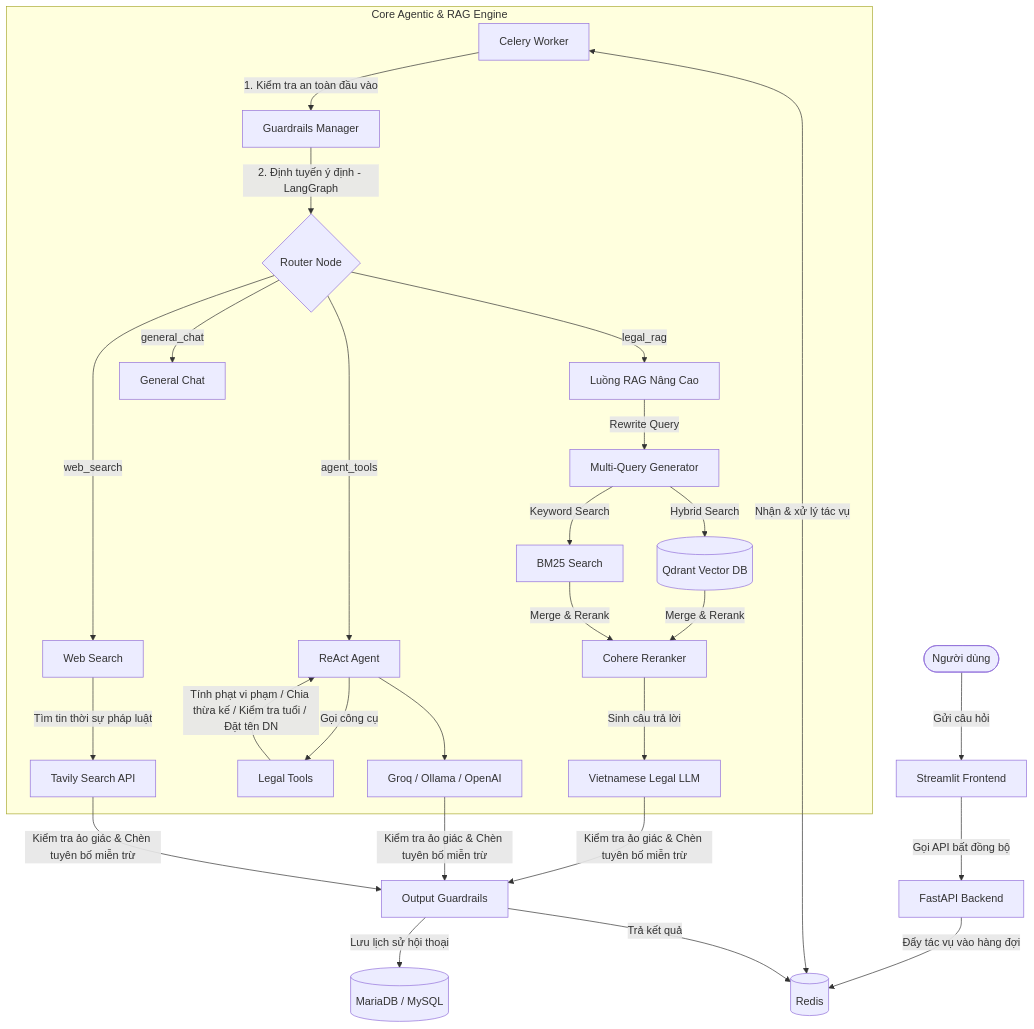
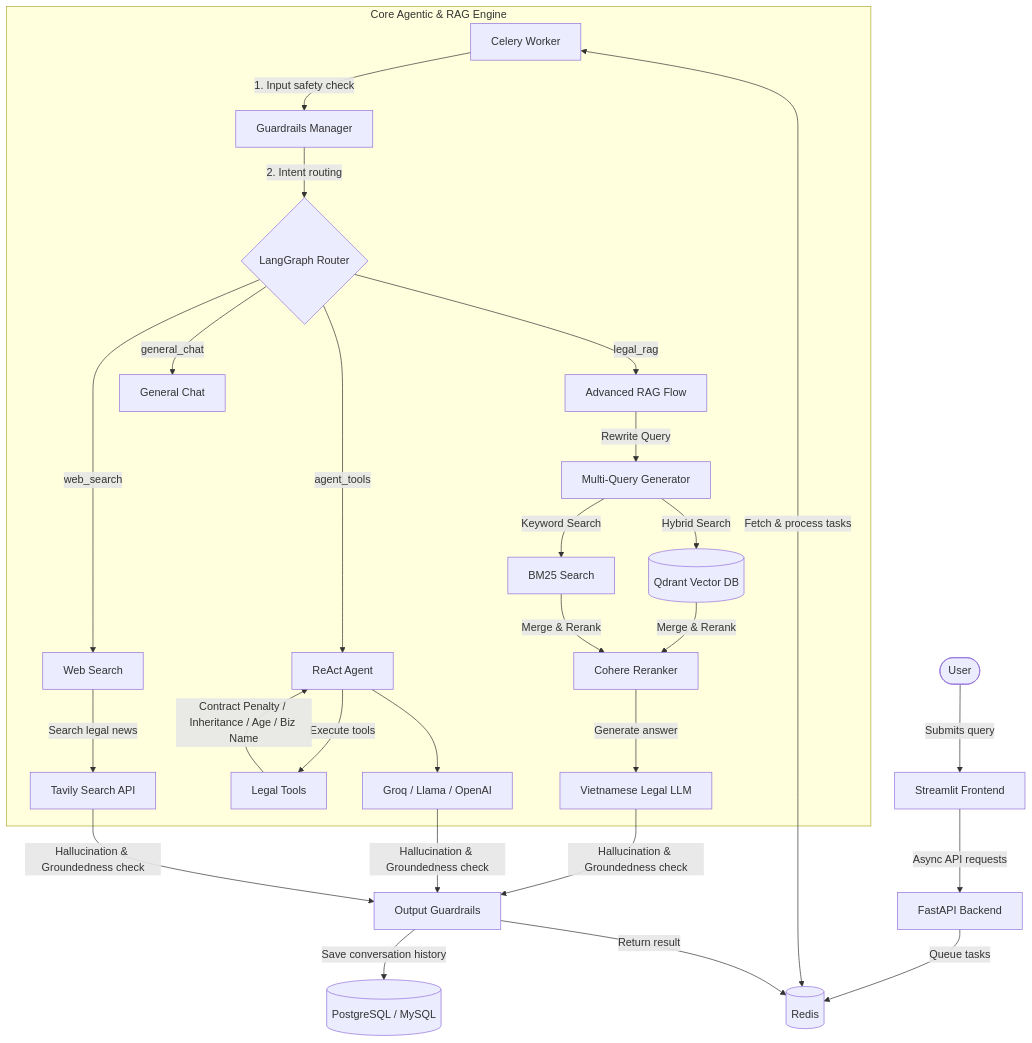
Before and after one commit to NMCuonG08/Chatbot-Legal-RAG: the diagram in README.md, drawn with Mermaid. The commit also changed other lines of this file and 4 other files, not shown here.

Commit message:
feat: implement backend core logic including incremental indexing, legal agent tools, and frontend chat interface, with updated documentation.

````diff
--- a/README.md
+++ b/README.md
@@ -9,33 +9,33 @@
 ```mermaid
 graph TD
-    User([Người dùng]) -->|Gửi câu hỏi| UI[Streamlit Frontend]
-    UI -->|Gọi API bất đồng bộ| API[FastAPI Backend]
-    API -->|Đẩy tác vụ vào hàng đợi| Broker[(Redis)]
-    Worker[Celery Worker] <-->|Nhận & xử lý tác vụ| Broker
+    User([User]) -->|Submits query| UI[Streamlit Frontend]
+    UI -->|Async API requests| API[FastAPI Backend]
+    API -->|Queue tasks| Broker[(Redis)]
+    Worker[Celery Worker] <-->|Fetch & process tasks| Broker
     
     subgraph Engine [Core Agentic & RAG Engine]
-        Worker -->|1. Kiểm tra an toàn đầu vào| Guard[Guardrails Manager]
-        Guard -->|2. Định tuyến ý định - LangGraph| Router{Router Node}
+        Worker -->|1. Input safety check| Guard[Guardrails Manager]
+        Guard -->|2. Intent routing| Router{LangGraph Router}
         
-        Router -->|legal_rag| RAG[Luồng RAG Nâng Cao]
+        Router -->|legal_rag| RAG[Advanced RAG Flow]
         Router -->|agent_tools| Agent[ReAct Agent]
         Router -->|web_search| Web[Web Search]
         Router -->|general_chat| Gen[General Chat]
         
         RAG -->|Rewrite Query| Query[Multi-Query Generator]
         Query -->|Hybrid Search| DB_V[(Qdrant Vector DB)]
         Query -->|Keyword Search| BM25[BM25 Search]
         DB_V & BM25 -->|Merge & Rerank| Rerank[Cohere Reranker]
-        Rerank -->|Sinh câu trả lời| LLM_Legal[Vietnamese Legal LLM]
+        Rerank -->|Generate answer| LLM_Legal[Vietnamese Legal LLM]
         
-        Agent -->|Gọi công cụ| Tools[Legal Tools]
-        Tools -->|Tính phạt vi phạm / Chia thừa kế / Kiểm tra tuổi / Đặt tên DN| Agent
-        Agent --> LLM_Groq[Groq / Ollama / OpenAI]
+        Agent -->|Execute tools| Tools[Legal Tools]
+        Tools -->|Contract Penalty / Inheritance / Age / Biz Name| Agent
+        Agent --> LLM_Groq[Groq / Llama / OpenAI]
         
-        Web -->|Tìm tin thời sự pháp luật| Tavily[Tavily Search API]
+        Web -->|Search legal news| Tavily[Tavily Search API]
     end
     
-    LLM_Legal & LLM_Groq & Tavily -->|Kiểm tra ảo giác & Chèn tuyên bố miễn trừ| OutputGuard[Output Guardrails]
-    OutputGuard -->|Lưu lịch sử hội thoại| SQL[(MariaDB / MySQL)]
-    OutputGuard -->|Trả kết quả| Broker
+    LLM_Legal & LLM_Groq & Tavily -->|Hallucination & Groundedness check| OutputGuard[Output Guardrails]
+    OutputGuard -->|Save conversation history| SQL[(PostgreSQL / MySQL)]
+    OutputGuard -->|Return result| Broker
 ```
````
